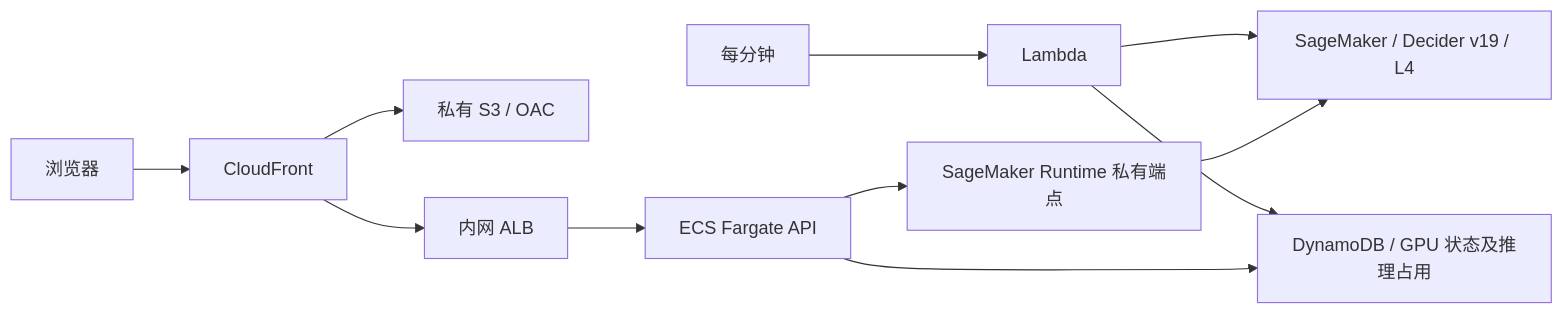
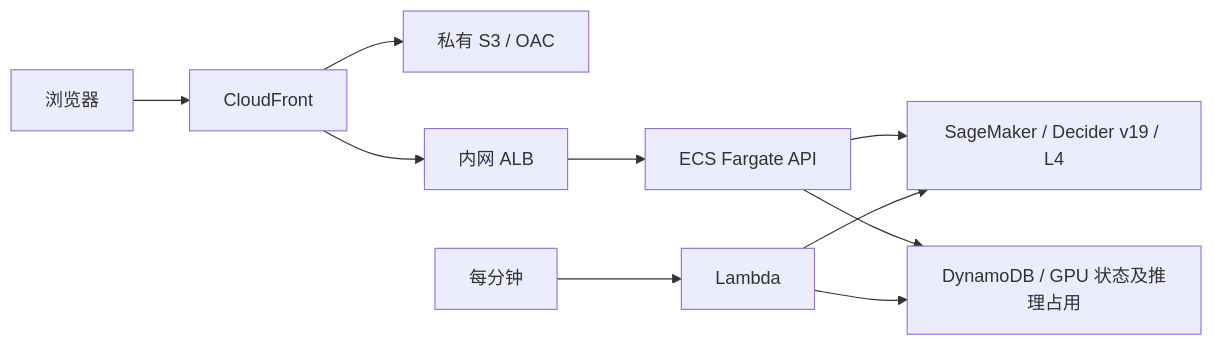
Before and after one commit to milan9527/StrandsDecider: the diagram in deployment/SAGEMAKER.md, drawn with Mermaid. The commit also changed other lines of this file and 58 other files, not shown here.

````diff
--- a/deployment/SAGEMAKER.md
+++ b/deployment/SAGEMAKER.md
@@ -5,13 +5,12 @@
 ```mermaid
 flowchart LR
     Browser[浏览器] --> CF[CloudFront]
     CF --> S3[私有 S3 / OAC]
     CF --> ALB[内网 ALB]
     ALB --> API[ECS Fargate API]
-    API --> VPCE[SageMaker Runtime 私有端点]
-    VPCE --> SM[SageMaker / Decider v19 / L4]
+    API --> SM[SageMaker / Decider v19 / L4]
     API --> State[DynamoDB / GPU 状态及推理占用]
     Timer[每分钟] --> Controller[Lambda]
     Controller --> State
     Controller --> SM
 ```
````
